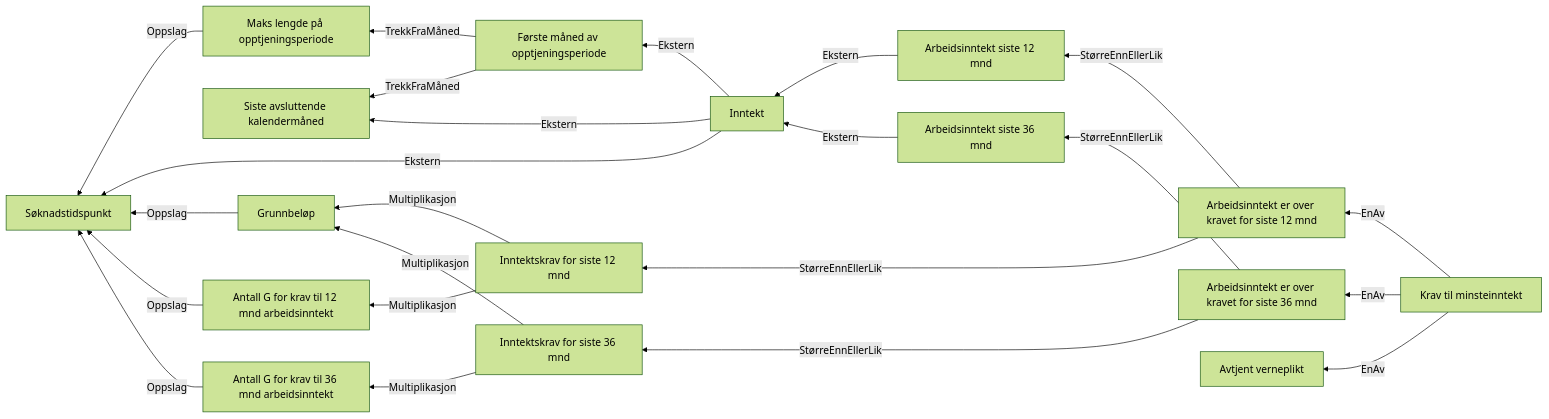
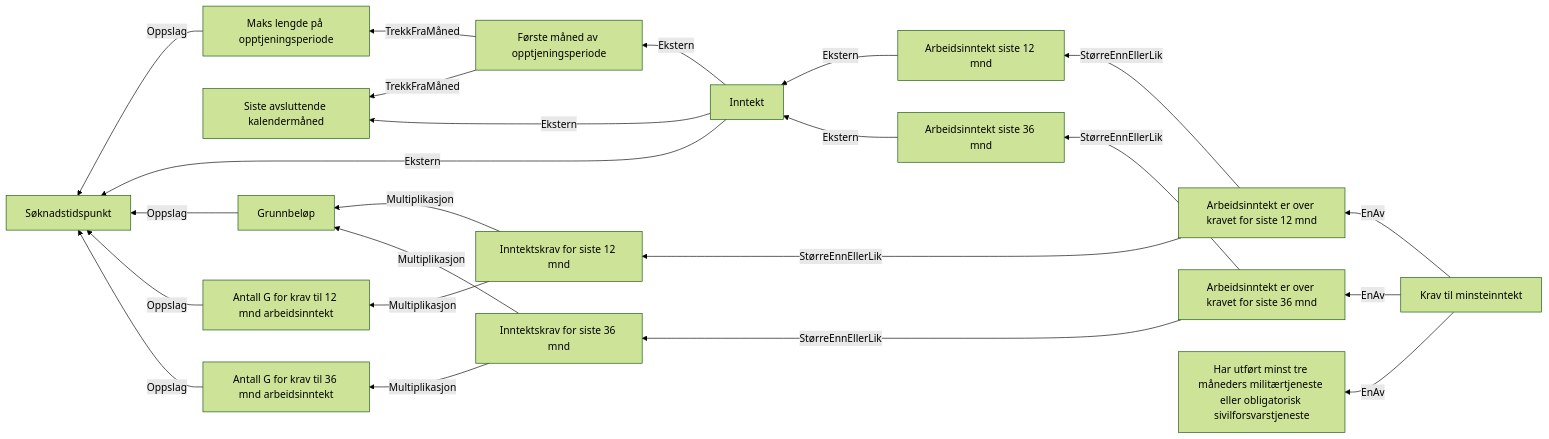
Before and after one commit to navikt/dp-vedtak: the diagram in docs/regler/§ 4-4. Krav til minsteinntekt.approved.md, drawn with Mermaid (forest theme). The commit also changed 9 other files, not shown here.

Commit message:
Legg til en vurdering av om vilkåret til verneplikt er oppfylt

````diff
--- a/docs/regler/§ 4-4. Krav til minsteinntekt.approved.md
+++ b/docs/regler/§ 4-4. Krav til minsteinntekt.approved.md
@@ -5,25 +5,25 @@
 ```mermaid
 graph RL
   A["Maks lengde på opptjeningsperiode"] -->|"Oppslag"| B["Søknadstidspunkt"]
   C["Første måned av opptjeningsperiode"] -->|"TrekkFraMåned"| D["Siste avsluttende kalendermåned"]
   C["Første måned av opptjeningsperiode"] -->|"TrekkFraMåned"| A["Maks lengde på opptjeningsperiode"]
   E["Inntekt"] -->|"Ekstern"| B["Søknadstidspunkt"]
   E["Inntekt"] -->|"Ekstern"| D["Siste avsluttende kalendermåned"]
   E["Inntekt"] -->|"Ekstern"| C["Første måned av opptjeningsperiode"]
   F["Grunnbeløp"] -->|"Oppslag"| B["Søknadstidspunkt"]
   G["Arbeidsinntekt siste 12 mnd"] -->|"Ekstern"| E["Inntekt"]
   H["Antall G for krav til 12 mnd arbeidsinntekt"] -->|"Oppslag"| B["Søknadstidspunkt"]
   I["Inntektskrav for siste 12 mnd"] -->|"Multiplikasjon"| H["Antall G for krav til 12 mnd arbeidsinntekt"]
   I["Inntektskrav for siste 12 mnd"] -->|"Multiplikasjon"| F["Grunnbeløp"]
   J["Arbeidsinntekt er over kravet for siste 12 mnd"] -->|"StørreEnnEllerLik"| G["Arbeidsinntekt siste 12 mnd"]
   J["Arbeidsinntekt er over kravet for siste 12 mnd"] -->|"StørreEnnEllerLik"| I["Inntektskrav for siste 12 mnd"]
   K["Arbeidsinntekt siste 36 mnd"] -->|"Ekstern"| E["Inntekt"]
   L["Antall G for krav til 36 mnd arbeidsinntekt"] -->|"Oppslag"| B["Søknadstidspunkt"]
   M["Inntektskrav for siste 36 mnd"] -->|"Multiplikasjon"| L["Antall G for krav til 36 mnd arbeidsinntekt"]
   M["Inntektskrav for siste 36 mnd"] -->|"Multiplikasjon"| F["Grunnbeløp"]
   N["Arbeidsinntekt er over kravet for siste 36 mnd"] -->|"StørreEnnEllerLik"| K["Arbeidsinntekt siste 36 mnd"]
   N["Arbeidsinntekt er over kravet for siste 36 mnd"] -->|"StørreEnnEllerLik"| M["Inntektskrav for siste 36 mnd"]
   O["Krav til minsteinntekt"] -->|"EnAv"| J["Arbeidsinntekt er over kravet for siste 12 mnd"]
   O["Krav til minsteinntekt"] -->|"EnAv"| N["Arbeidsinntekt er over kravet for siste 36 mnd"]
-  O["Krav til minsteinntekt"] -->|"EnAv"| P["Avtjent verneplikt"]
+  O["Krav til minsteinntekt"] -->|"EnAv"| P["Har utført minst tre måneders militærtjeneste eller obligatorisk sivilforsvarstjeneste"]
 ```
````
